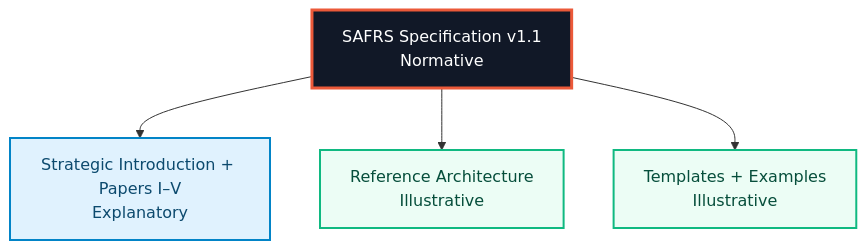
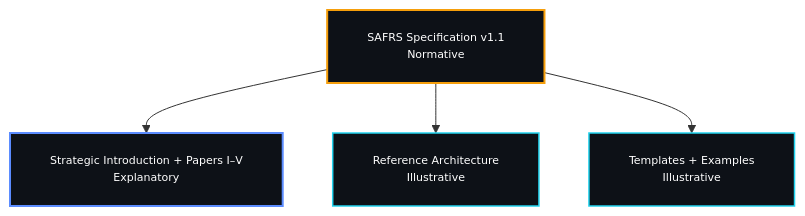
One commit to drferdii/Monorepo-safrs changed the first of 8 diagrams in README.md. Above: the diagram before and after it, drawn with Mermaid. The commit also changed other lines of this file, not shown here.

````diff
--- a/README.md
+++ b/README.md
@@ -184,19 +206,20 @@
 ```mermaid
+%%{init: {"flowchart": {"htmlLabels": false, "padding": 20}, "themeVariables": {"fontFamily": "monospace", "fontSize": "11px"}}}%%
 flowchart TB
     Spec["SAFRS Specification v1.1<br/>Normative"]
     Papers["Strategic Introduction + Papers I–V<br/>Explanatory"]
     Ref["Reference Architecture<br/>Illustrative"]
     Templates["Templates + Examples<br/>Illustrative"]
 
     Spec --> Papers
     Spec --> Ref
     Spec --> Templates
 
-    classDef normative fill:#111827,stroke:#EB5939,color:#FFFFFF,stroke-width:3px;
-    classDef explanatory fill:#E0F2FE,stroke:#0284C7,color:#0C4A6E,stroke-width:2px;
-    classDef illustrative fill:#ECFDF5,stroke:#10B981,color:#064E3B,stroke-width:2px;
+    classDef normative fill:#0D1117,stroke:#F59E0B,color:#ffffff,stroke-width:2px;
+    classDef explanatory fill:#0D1117,stroke:#5B8CFF,color:#ffffff,stroke-width:2px;
+    classDef illustrative fill:#0D1117,stroke:#22D3EE,color:#ffffff,stroke-width:1.5px;
 
     class Spec normative;
     class Papers explanatory;
     class Ref,Templates illustrative;
 ```
````
